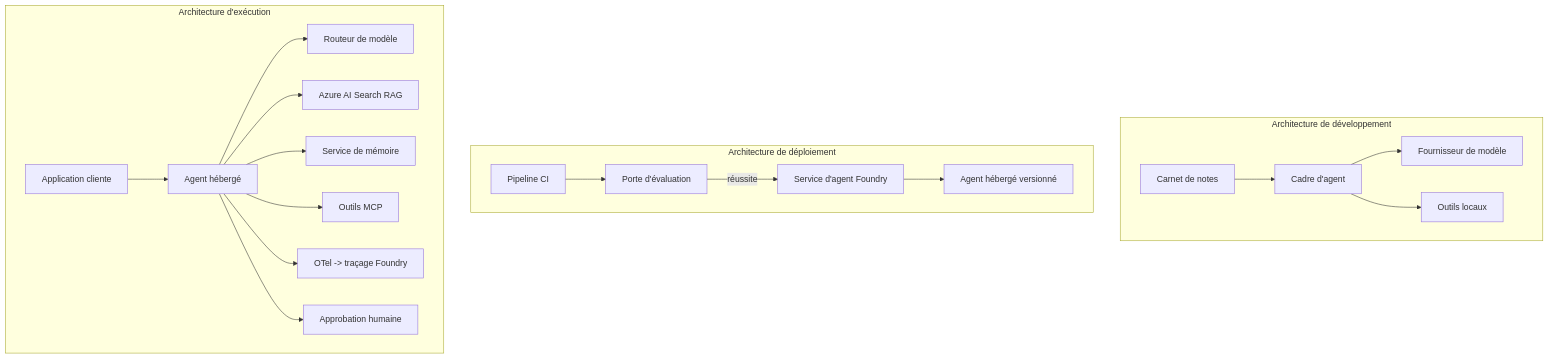
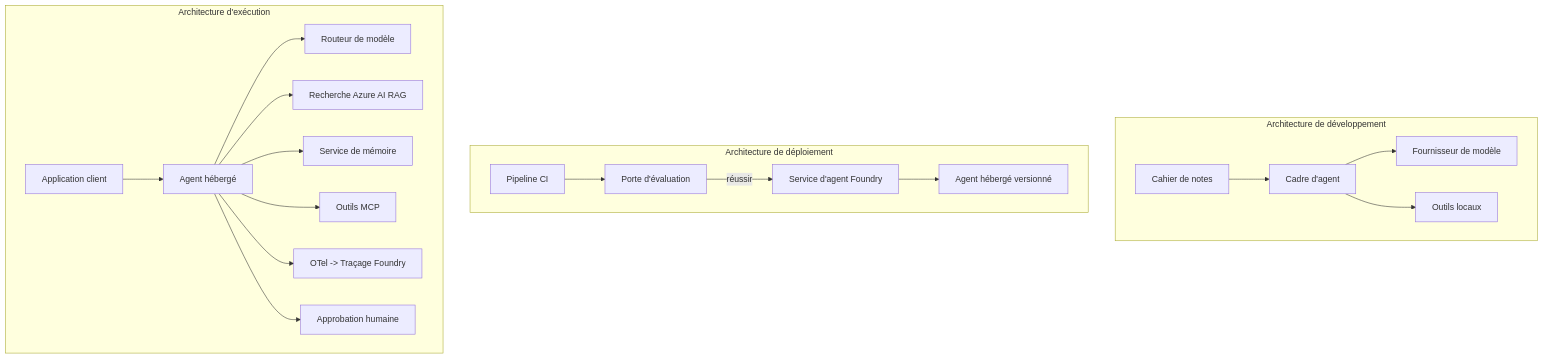
The fourth of 4 diagrams in mirrors/repos/microsoft@ai-agents-for-beginners/translations/fr/16-deploying-scalable-agents/README.md (gabrielmoreira/agent-skills-mirror), drawn with Mermaid before and after one commit. The commit also changed other lines of this file and 3581 other files, not shown here.

````diff
--- a/mirrors/repos/microsoft@ai-agents-for-beginners/translations/fr/16-deploying-scalable-agents/README.md
+++ b/mirrors/repos/microsoft@ai-agents-for-beginners/translations/fr/16-deploying-scalable-agents/README.md
@@ -185,22 +185,22 @@
 ```mermaid
 flowchart TB
     subgraph Dev[Architecture de développement]
-        D1[Carnet de notes] --> D2[Cadre d'agent]
+        D1[Cahier de notes] --> D2[Cadre d'agent]
         D2 --> D3[Fournisseur de modèle]
         D2 --> D4[Outils locaux]
     end
     subgraph Deploy[Architecture de déploiement]
         E1[Pipeline CI] --> E2[Porte d'évaluation]
-        E2 -->|réussite| E3[Service d'agent Foundry]
+        E2 -->|réussir| E3[Service d'agent Foundry]
         E3 --> E4[Agent hébergé versionné]
     end
     subgraph Run[Architecture d'exécution]
-        F1[Application cliente] --> F2[Agent hébergé]
+        F1[Application client] --> F2[Agent hébergé]
         F2 --> F3[Routeur de modèle]
-        F2 --> F4[Azure AI Search RAG]
+        F2 --> F4[Recherche Azure AI RAG]
         F2 --> F5[Service de mémoire]
         F2 --> F6[Outils MCP]
-        F2 --> F7[OTel -> traçage Foundry]
+        F2 --> F7[OTel -> Traçage Foundry]
         F2 --> F8[Approbation humaine]
     end
 ```
````
